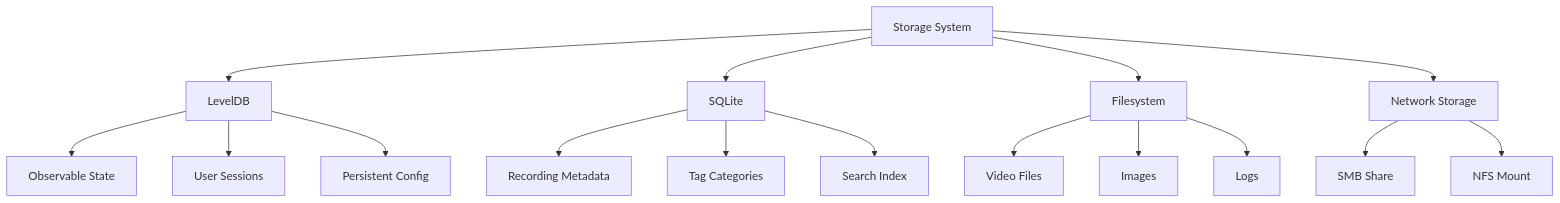
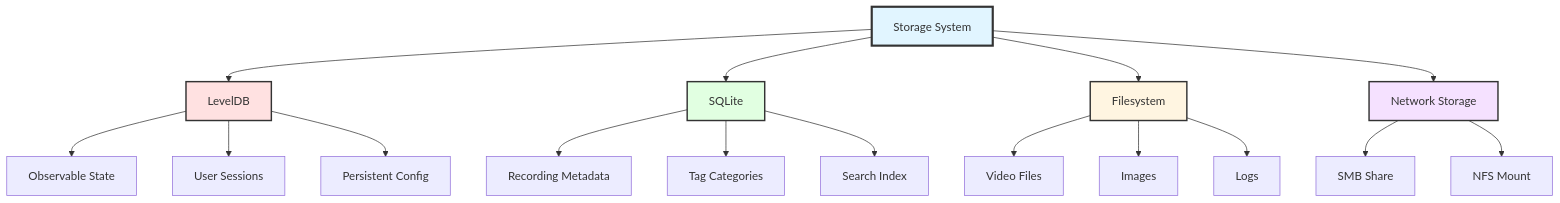
Before and after one commit to JayeshKakkad-Rotoclear/Rotoclear-C-Pro-Docs: the third of 9 diagrams in docs/architecture/overview.md, drawn with Mermaid. The commit also changed other lines of this file and 14 other files, not shown here.

Commit message:
Improve Mermaid diagram formatting for better presentation - Added better spacing, styling, and layout - Enhanced readability with color coding and proper node alignment - Improved subgraph organization - Better decision tree layouts

````diff
--- a/docs/architecture/overview.md
+++ b/docs/architecture/overview.md
@@ -212,22 +240,30 @@
 ```mermaid
 graph TB
-    A[Storage System] --> B[LevelDB]
+    A[Storage System]
+    
+    A --> B[LevelDB]
     A --> C[SQLite]
     A --> D[Filesystem]
     A --> E[Network Storage]
     
     B --> B1[Observable State]
     B --> B2[User Sessions]
     B --> B3[Persistent Config]
     
     C --> C1[Recording Metadata]
     C --> C2[Tag Categories]
     C --> C3[Search Index]
     
     D --> D1[Video Files]
     D --> D2[Images]
     D --> D3[Logs]
     
     E --> E1[SMB Share]
     E --> E2[NFS Mount]
+    
+    style A fill:#e1f5ff,stroke:#333,stroke-width:3px
+    style B fill:#ffe1e1,stroke:#333,stroke-width:2px
+    style C fill:#e1ffe1,stroke:#333,stroke-width:2px
+    style D fill:#fff5e1,stroke:#333,stroke-width:2px
+    style E fill:#f5e1ff,stroke:#333,stroke-width:2px
 ```
````
